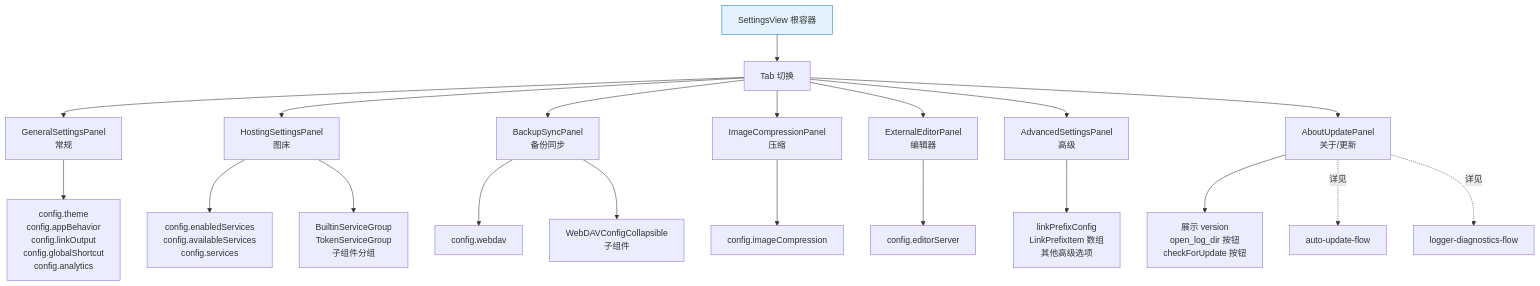
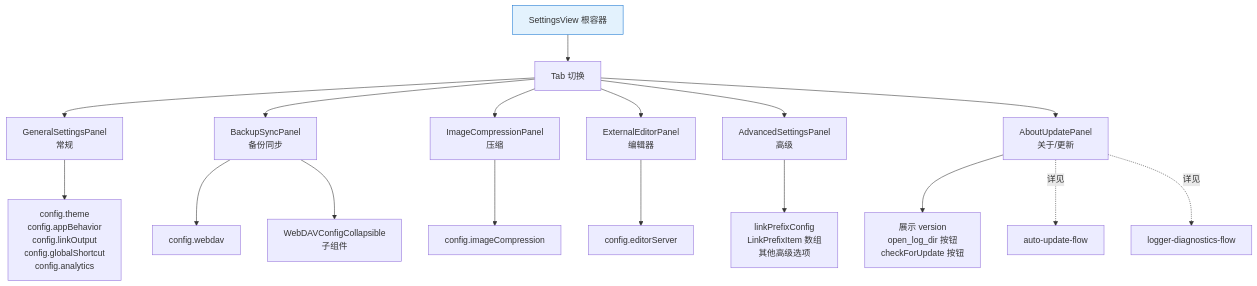
One commit to joeyliu6/PicNexus changed the fourth of 5 diagrams in docs/flows/settings-ui-architecture.md. Above: the diagram before and after it, drawn with Mermaid. The commit also changed other lines of this file and 4 other files, not shown here.

````diff
--- a/docs/flows/settings-ui-architecture.md
+++ b/docs/flows/settings-ui-architecture.md
@@ -189,33 +189,29 @@
 ```mermaid
 flowchart TD
     S[SettingsView 根容器] --> T[Tab 切换]
 
     T --> P1[GeneralSettingsPanel<br/>常规]
-    T --> P2[HostingSettingsPanel<br/>图床]
     T --> P3[BackupSyncPanel<br/>备份同步]
     T --> P4[ImageCompressionPanel<br/>压缩]
     T --> P5[ExternalEditorPanel<br/>编辑器]
     T --> P6[AdvancedSettingsPanel<br/>高级]
     T --> P7[AboutUpdatePanel<br/>关于/更新]
 
     %% 各面板对应的 config 字段
     P1 --> P1A[config.theme<br/>config.appBehavior<br/>config.linkOutput<br/>config.globalShortcut<br/>config.analytics]
-
-    P2 --> P2A[config.enabledServices<br/>config.availableServices<br/>config.services]
-    P2 --> P2B[BuiltinServiceGroup<br/>TokenServiceGroup<br/>子组件分组]
 
     P3 --> P3A[config.webdav]
     P3 --> P3B[WebDAVConfigCollapsible<br/>子组件]
 
     P4 --> P4A[config.imageCompression]
 
     P5 --> P5A[config.editorServer]
 
     P6 --> P6A[linkPrefixConfig<br/>LinkPrefixItem 数组<br/>其他高级选项]
 
     P7 --> P7A[展示 version<br/>open_log_dir 按钮<br/>checkForUpdate 按钮]
     P7 -.详见.-> UPD[auto-update-flow]
     P7 -.详见.-> LOG[logger-diagnostics-flow]
 
     style S fill:#e3f2fd,stroke:#1976d2
 ```
````
